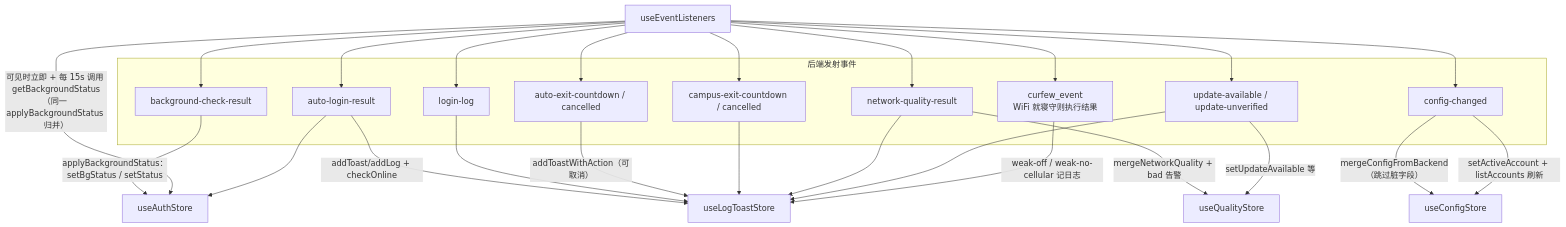
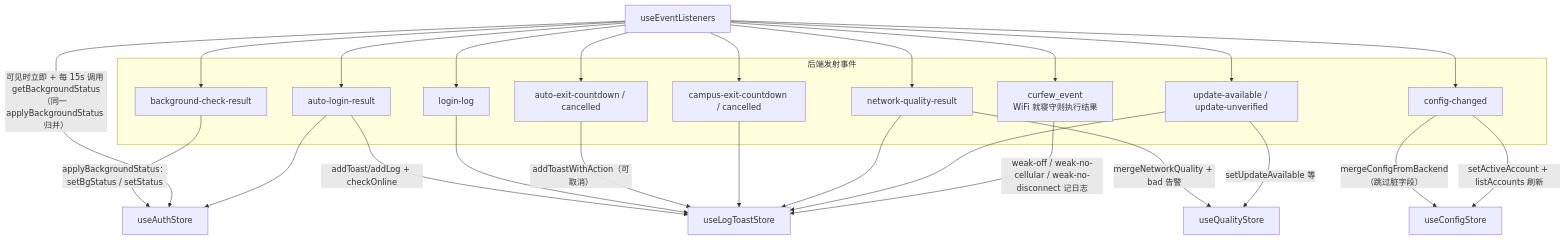
Before and after one commit to ikliml666/Wxxy-CampusLogin: the fifth of 7 diagrams in .codewiki/modules/android-frontend-hooks-startup-orchestration.md, drawn with Mermaid. The commit also changed other lines of this file and 5 other files, not shown here.

````diff
--- a/.codewiki/modules/android-frontend-hooks-startup-orchestration.md
+++ b/.codewiki/modules/android-frontend-hooks-startup-orchestration.md
@@ -229,40 +229,40 @@
 ```mermaid
 flowchart TD
     subgraph Events["后端发射事件"]
         E1["background-check-result"]
         E2["auto-login-result"]
         E3["login-log"]
         E4["auto-exit-countdown / cancelled"]
         E5["campus-exit-countdown / cancelled"]
         E6["network-quality-result"]
         E7["update-available / update-unverified"]
         E8["config-changed"]
         E9["curfew_event<br/>WiFi 就寝守则执行结果"]
     end
 
     EH["useEventListeners"]
     EH --> E1
     EH --> E2
     EH --> E3
     EH --> E4
     EH --> E5
     EH --> E6
     EH --> E7
     EH --> E8
     EH --> E9
 
     E1 -->|"applyBackgroundStatus：setBgStatus / setStatus"| AS["useAuthStore"]
     EH -->|"可见时立即 + 每 15s 调用 getBackgroundStatus<br/>（同一 applyBackgroundStatus 归并）"| AS
     E2 -->|"addToast/addLog + checkOnline"| LTS["useLogToastStore"]
     E2 --> AS
     E3 --> LTS
     E4 -->|"addToastWithAction（可取消）"| LTS
     E5 --> LTS
     E6 -->|"mergeNetworkQuality + bad 告警"| QS["useQualityStore"]
     E6 --> LTS
     E7 -->|"setUpdateAvailable 等"| QS
     E7 --> LTS
     E8 -->|"mergeConfigFromBackend（跳过脏字段）"| CS["useConfigStore"]
     E8 -->|"setActiveAccount + listAccounts 刷新"| CS
-    E9 -->|"weak-off / weak-no-cellular 记日志"| LTS
+    E9 -->|"weak-off / weak-no-cellular / weak-no-disconnect 记日志"| LTS
 ```
````
